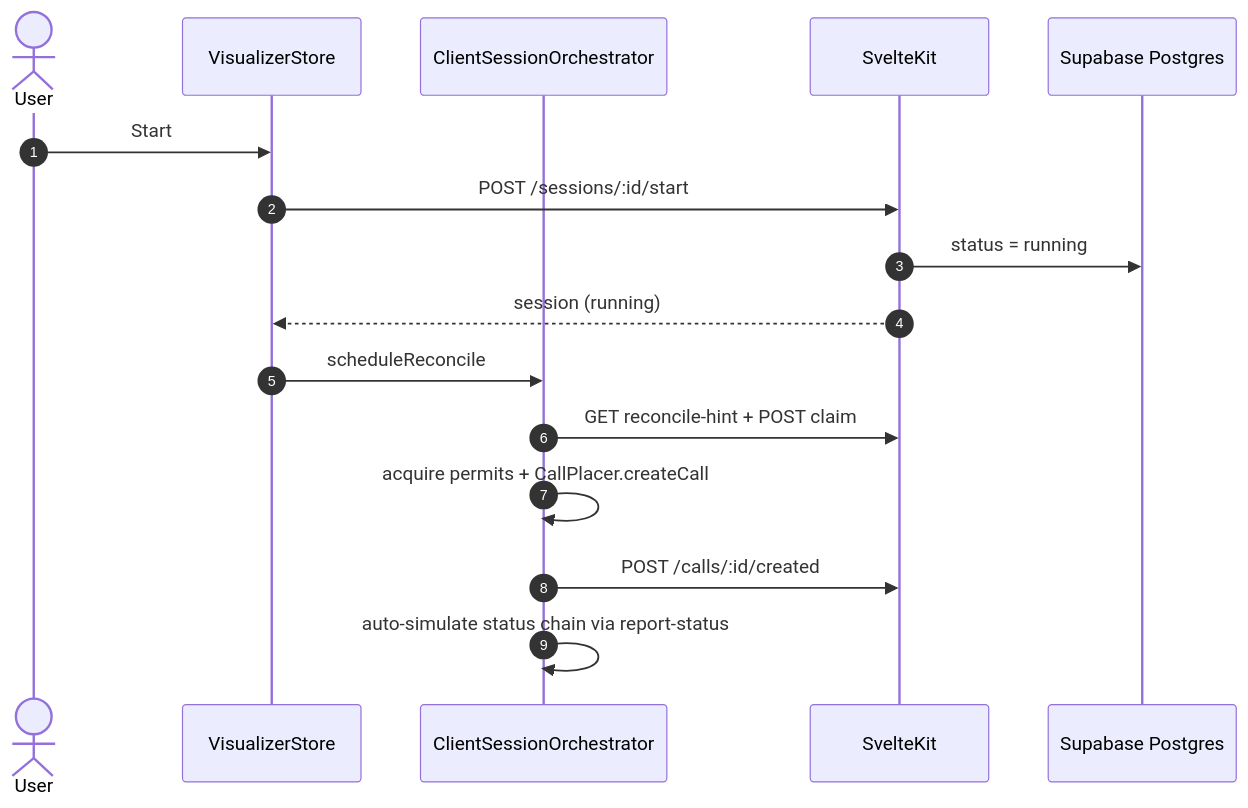
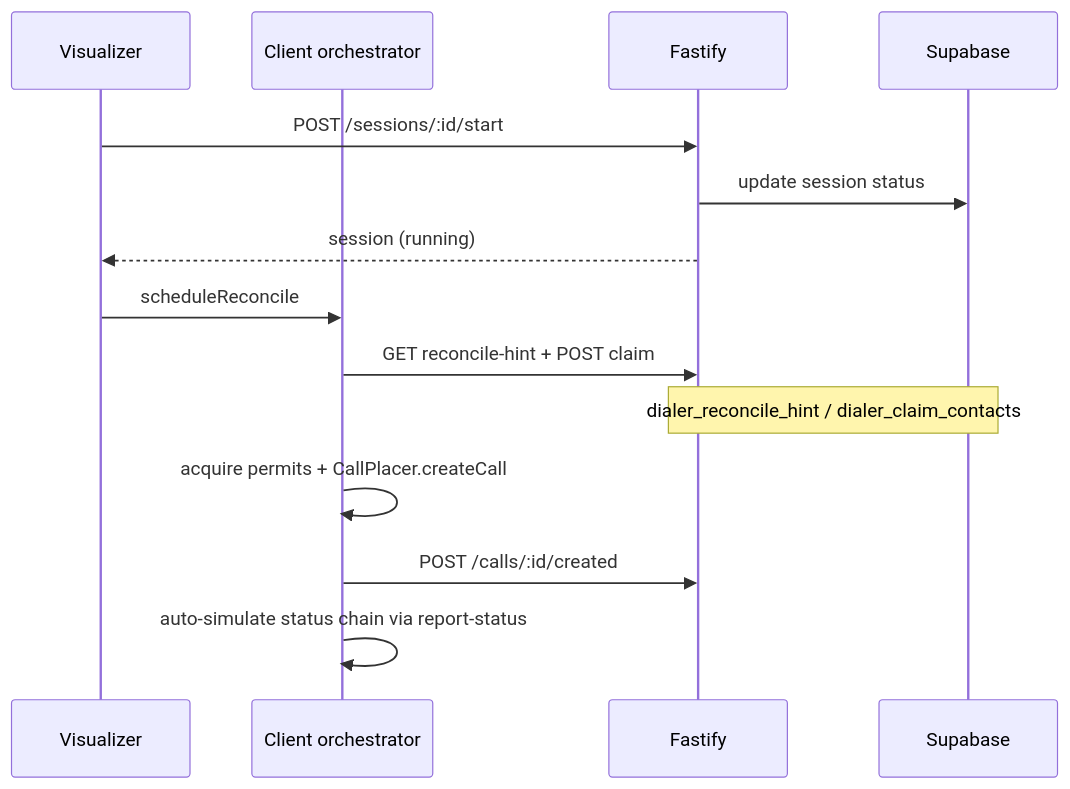
Before and after one commit to daniel-citrus/concurrent-outbound-dialer: the third of 7 diagrams in docs/ARCHITECTURE.md, drawn with Mermaid. The commit also changed other lines of this file and 31 other files, not shown here.

First line of the commit message:
Replace the runtime Postgres pool with Supabase service-role RPCs for atomic dialer operations.

````diff
--- a/docs/ARCHITECTURE.md
+++ b/docs/ARCHITECTURE.md
@@ -225,19 +201,17 @@
 ```mermaid
 sequenceDiagram
-  autonumber
-  actor U as User
-  participant Store as VisualizerStore
-  participant Orch as ClientSessionOrchestrator
-  participant API as SvelteKit
-  participant DB as Supabase Postgres
+  participant UI as Visualizer
+  participant Orch as Client orchestrator
+  participant API as Fastify
+  participant SB as Supabase
 
-  U->>Store: Start
-  Store->>API: POST /sessions/:id/start
-  API->>DB: status = running
-  API-->>Store: session (running)
-  Store->>Orch: scheduleReconcile
+  UI->>API: POST /sessions/:id/start
+  API->>SB: update session status
+  API-->>UI: session (running)
+  UI->>Orch: scheduleReconcile
   Orch->>API: GET reconcile-hint + POST claim
+  Note over API,SB: dialer_reconcile_hint / dialer_claim_contacts
   Orch->>Orch: acquire permits + CallPlacer.createCall
   Orch->>API: POST /calls/:id/created
   Orch->>Orch: auto-simulate status chain via report-status
 ```
````
